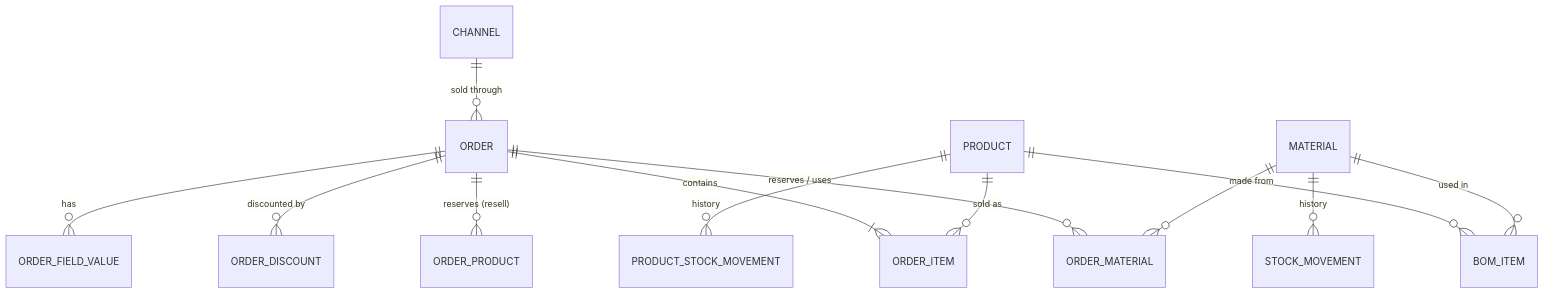
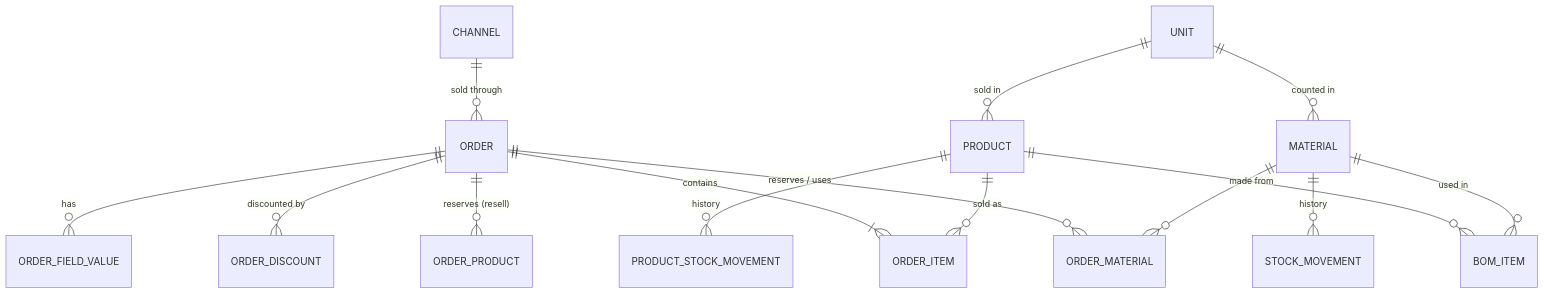
Before and after one commit to thegeekteen/craftbook: the second of 2 diagrams in AGENTS.md, drawn with Mermaid. The commit also changed other lines of this file and 93 other files, not shown here.

````diff
--- a/AGENTS.md
+++ b/AGENTS.md
@@ -117,15 +118,17 @@
 ```mermaid
 erDiagram
     CHANNEL ||--o{ ORDER : "sold through"
     ORDER ||--|{ ORDER_ITEM : contains
     ORDER ||--o{ ORDER_MATERIAL : "reserves / uses"
     ORDER ||--o{ ORDER_PRODUCT : "reserves (resell)"
     ORDER ||--o{ ORDER_DISCOUNT : "discounted by"
     ORDER ||--o{ ORDER_FIELD_VALUE : "has"
     PRODUCT ||--o{ ORDER_ITEM : "sold as"
     PRODUCT ||--o{ BOM_ITEM : "made from"
     MATERIAL ||--o{ BOM_ITEM : "used in"
     MATERIAL ||--o{ ORDER_MATERIAL : ""
     MATERIAL ||--o{ STOCK_MOVEMENT : history
     PRODUCT ||--o{ PRODUCT_STOCK_MOVEMENT : history
+    UNIT ||--o{ MATERIAL : "counted in"
+    UNIT ||--o{ PRODUCT : "sold in"
 ```
````
